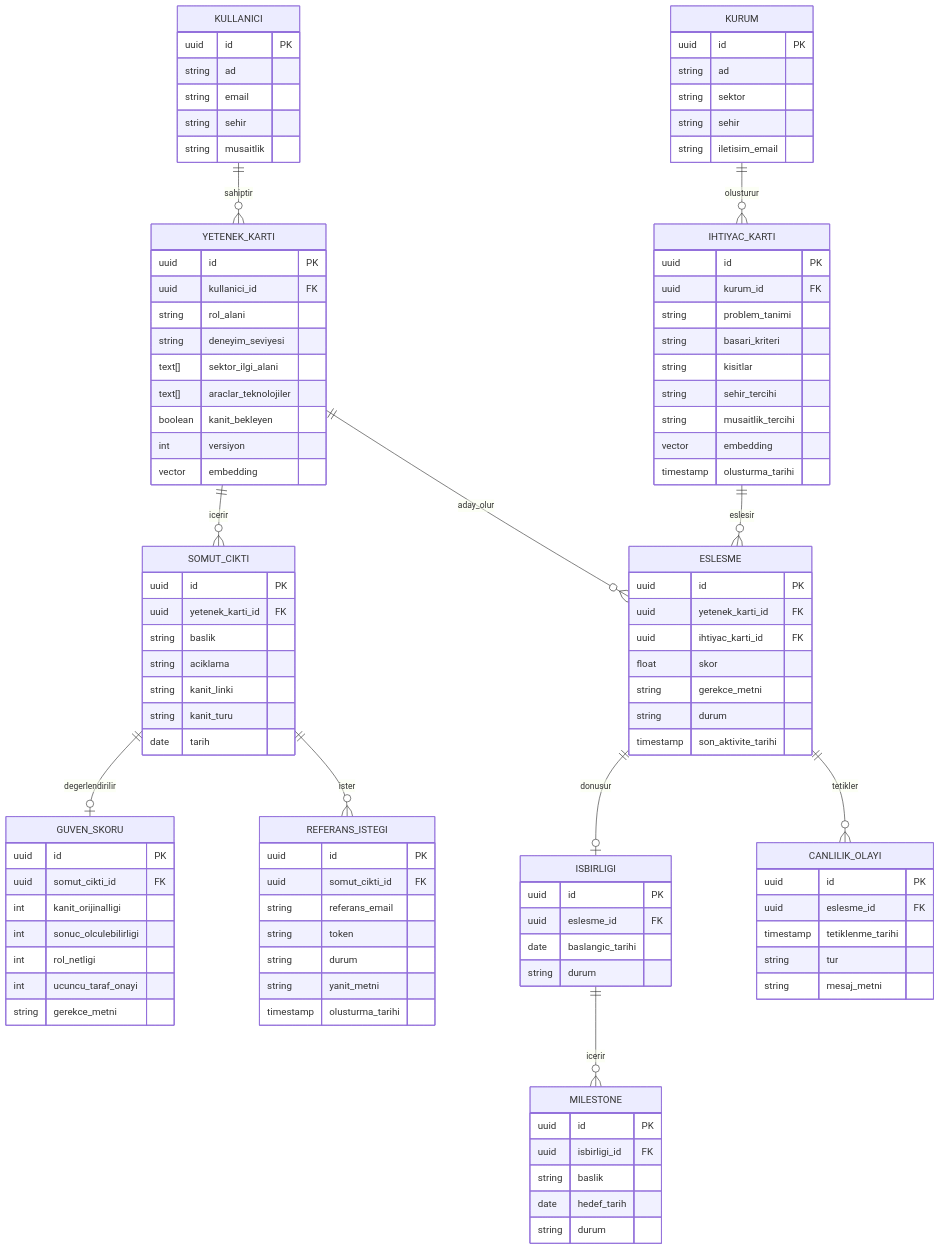
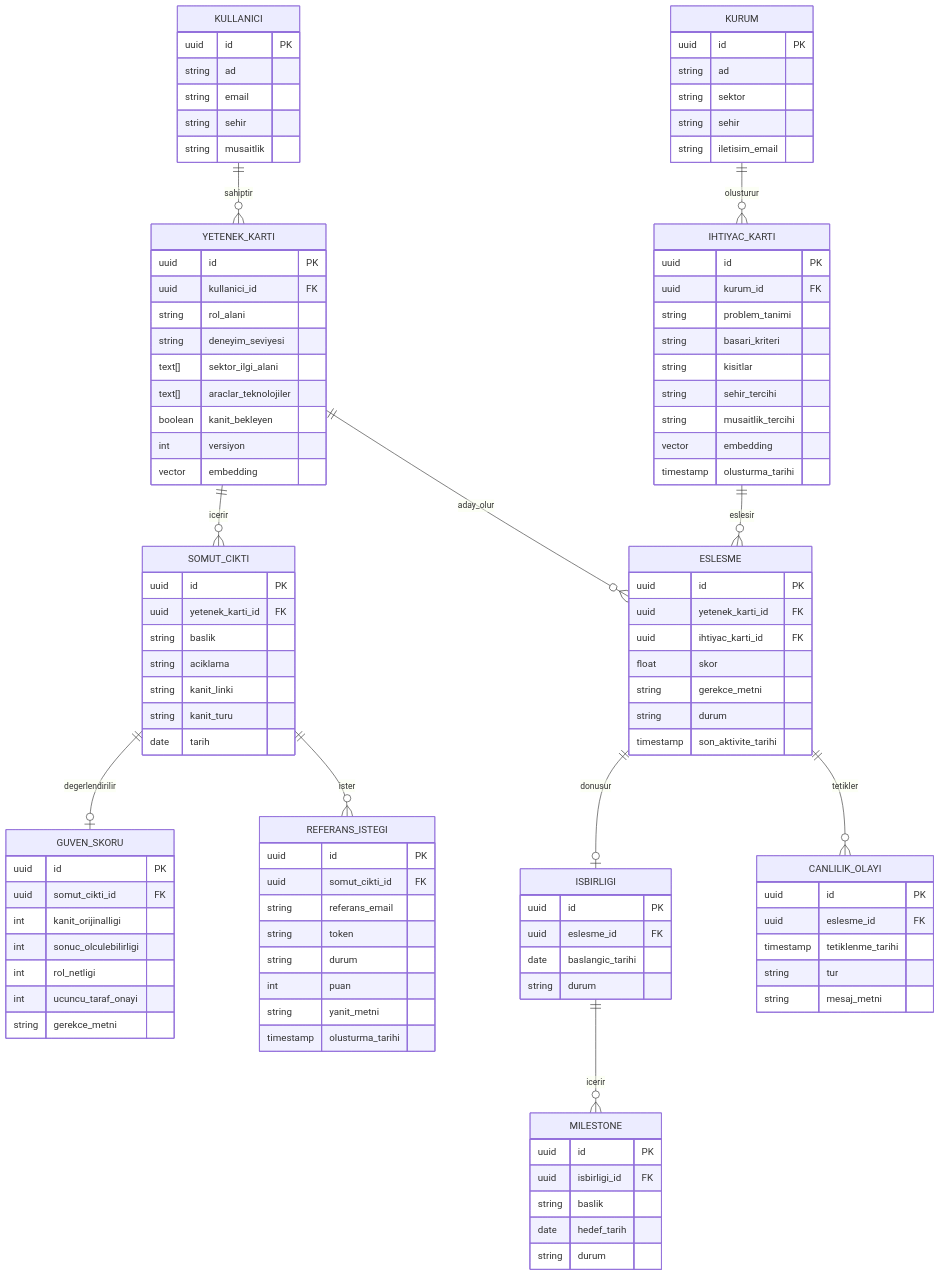
One commit to zuhrekorhn/Zemin360-Hackathon changed the diagram in docs/data-schema.md. Above: the diagram before and after it, drawn with Mermaid. The commit also changed other lines of this file and 6 other files, not shown here.

```diff
--- a/docs/data-schema.md
+++ b/docs/data-schema.md
@@ -57,6 +57,7 @@
     string referans_email
     string token
     string durum
+    int puan
     string yanit_metni
     timestamp olusturma_tarihi
   }
```
